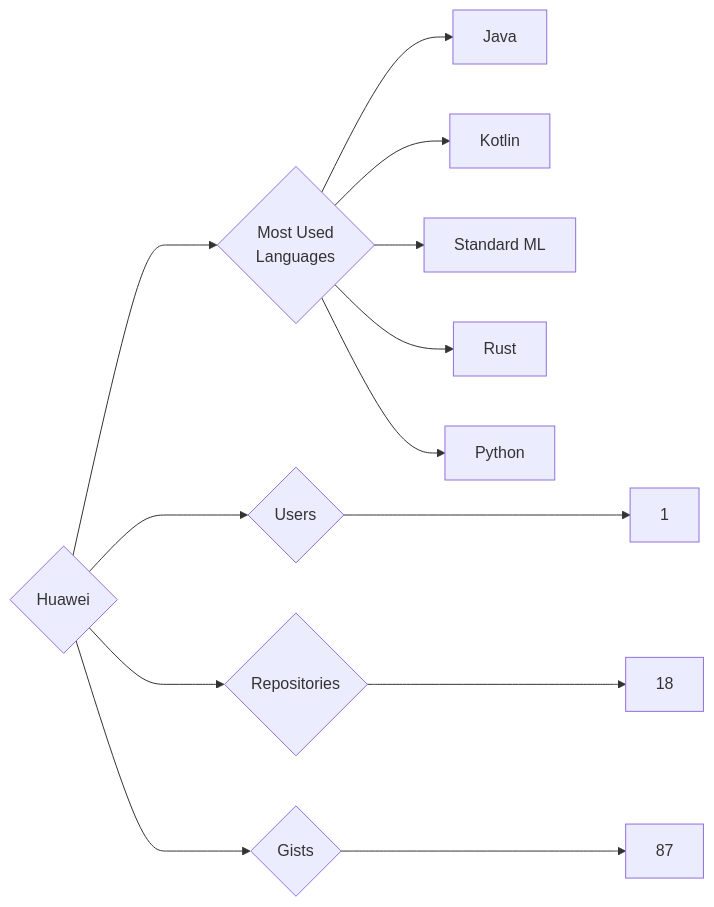
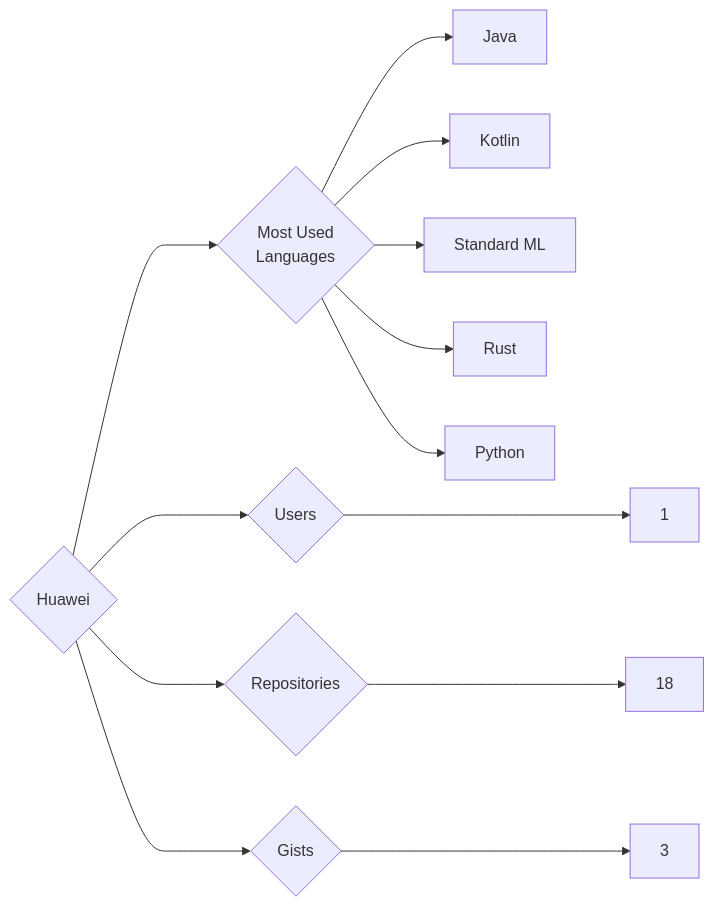
One commit to trickest/insiders changed the diagram in targets/Huawei/README.md. Above: the diagram before and after it, drawn with Mermaid. The commit also changed 633 other files, not shown here.

````diff
--- a/targets/Huawei/README.md
+++ b/targets/Huawei/README.md
@@ -3,13 +3,13 @@
 ```mermaid
 graph LR
 COMPANY_NAME{Huawei}
 COMPANY_NAME ---> U{Users} ---> UN[1]
 COMPANY_NAME ---> R{Repositories} ---> RN[18]
-COMPANY_NAME ---> G{Gists} ---> GN[87]
+COMPANY_NAME ---> G{Gists} ---> GN[3]
 COMPANY_NAME ---> ML{Most Used<br>Languages}
 ML --> Java[Java]
 ML --> Kotlin[Kotlin]
 ML --> Standard_ML[Standard ML]
 ML --> Rust[Rust]
 ML --> Python[Python]
 ```
````
